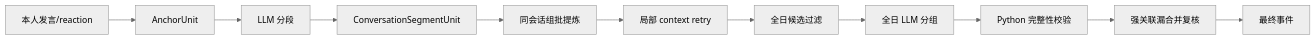
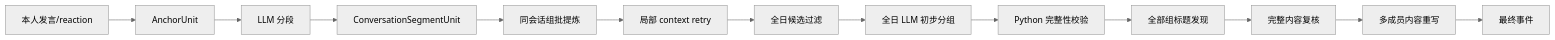
The diagram in docs/anchor-first-multi-pass-design.md (sunweisheng/WorkTrace), drawn with Mermaid (neutral theme) before and after one commit. The commit also changed other lines of this file and 55 other files, not shown here.

````diff
--- a/docs/anchor-first-multi-pass-design.md
+++ b/docs/anchor-first-multi-pass-design.md
@@ -37,7 +37,8 @@
 ```mermaid
 flowchart LR
     A["本人发言/reaction"] --> B["AnchorUnit"] --> C["LLM 分段"]
     C --> D["ConversationSegmentUnit"] --> E["同会话组批提炼"]
     E --> F["局部 context retry"] --> G["全日候选过滤"]
-    G --> H["全日 LLM 分组"] --> I["Python 完整性校验"] --> J["强关联漏合并复核"] --> K["最终事件"]
+    G --> H["全日 LLM 初步分组"] --> I["Python 完整性校验"] --> J["全部组标题发现"]
+    J --> K["完整内容复核"] --> L["多成员内容重写"] --> M["最终事件"]
 ```
````
